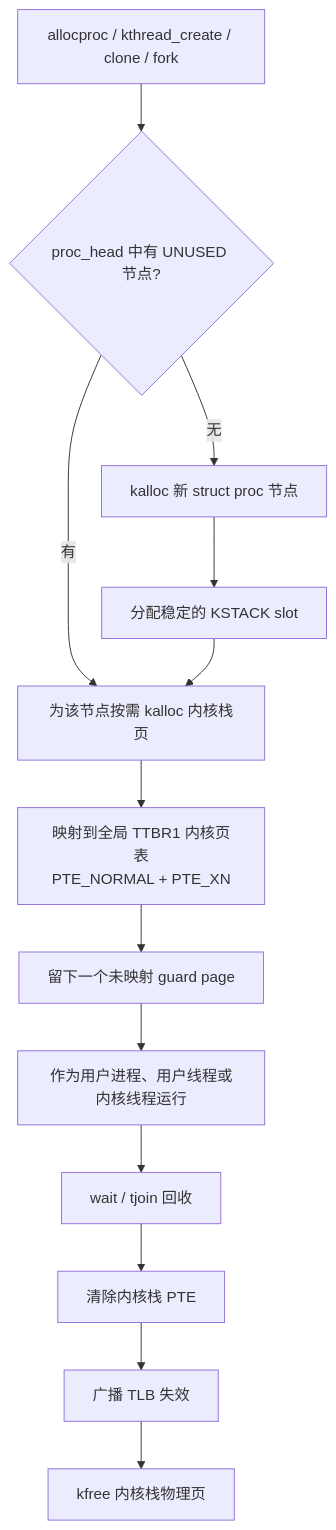
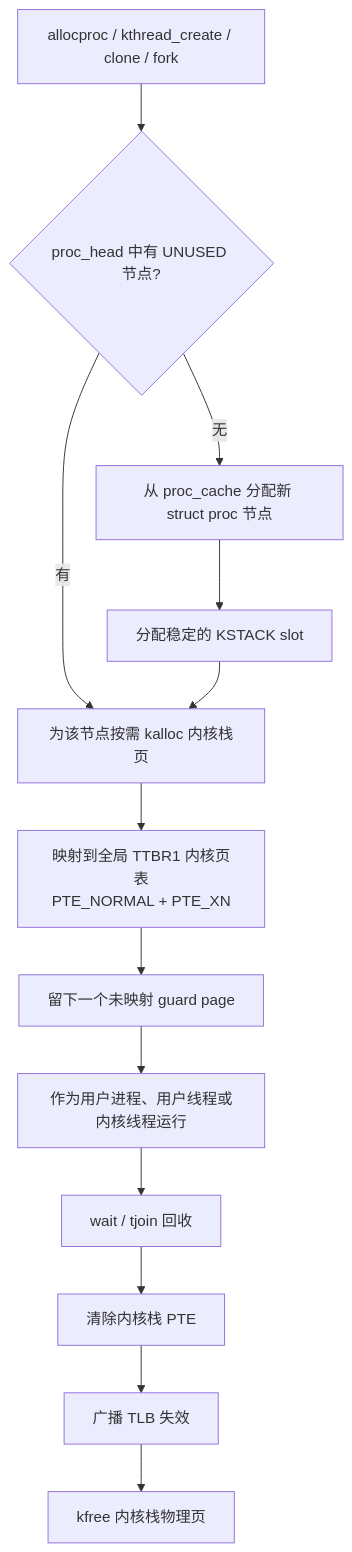
One commit to jimingkang/xv6-aarch64 changed the second of 2 diagrams in doc/readme/readme_thread.md. Above: the diagram before and after it, drawn with Mermaid. The commit also changed other lines of this file and 134 other files, not shown here.

````diff
--- a/doc/readme/readme_thread.md
+++ b/doc/readme/readme_thread.md
@@ -33,15 +36,15 @@
 ```mermaid
 flowchart TD
     A[allocproc / kthread_create / clone / fork] --> B{proc_head 中有 UNUSED 节点?}
     B -- 有 --> C[为该节点按需 kalloc 内核栈页]
-    B -- 无 --> D[kalloc 新 struct proc 节点]
+    B -- 无 --> D[从 proc_cache 分配新 struct proc 节点]
     D --> E[分配稳定的 KSTACK slot]
     E --> C
     C --> F[映射到全局 TTBR1 内核页表\nPTE_NORMAL + PTE_XN]
     F --> G[留下一个未映射 guard page]
     G --> H[作为用户进程、用户线程或内核线程运行]
     H --> I[wait / tjoin 回收]
     I --> J[清除内核栈 PTE]
     J --> K[广播 TLB 失效]
     K --> L[kfree 内核栈物理页]
 ```
````
